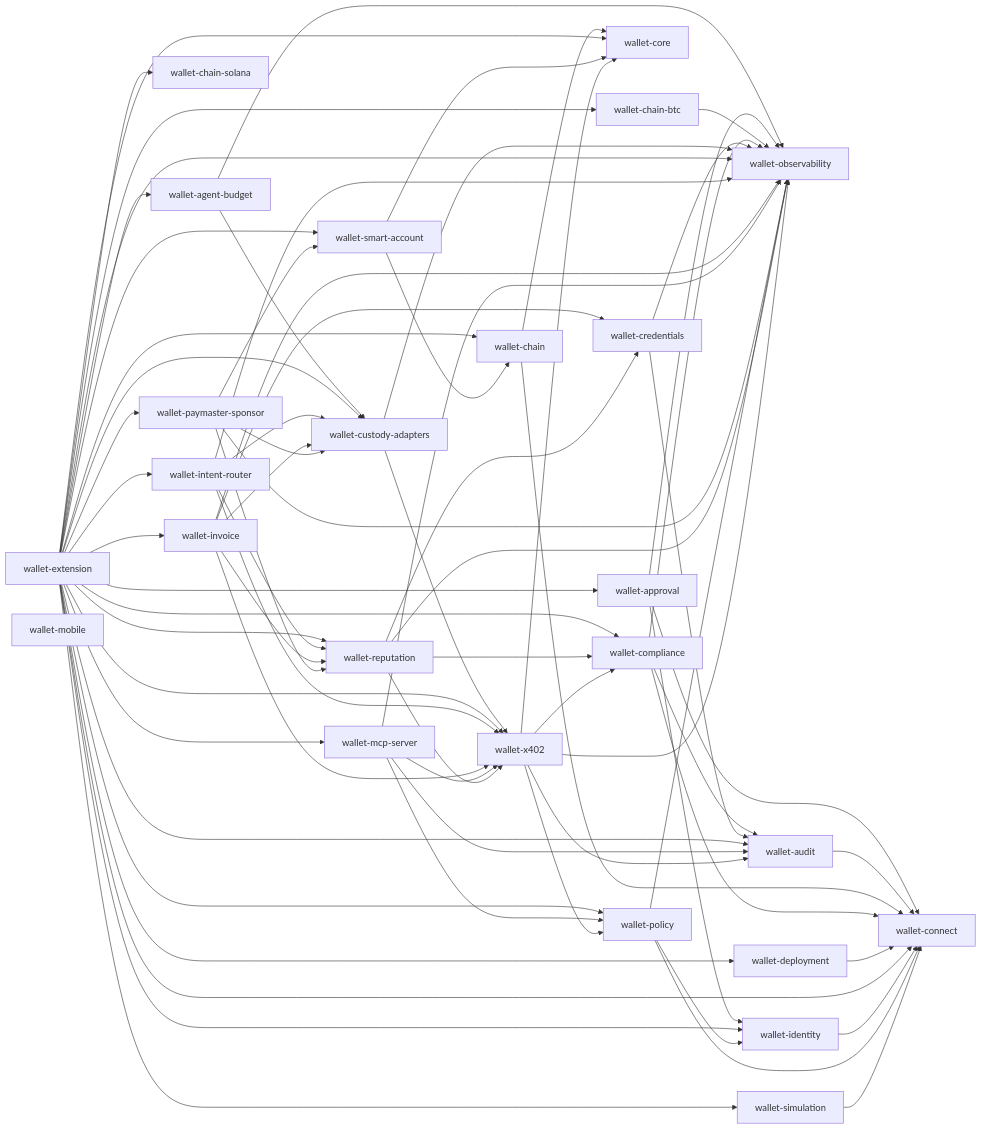
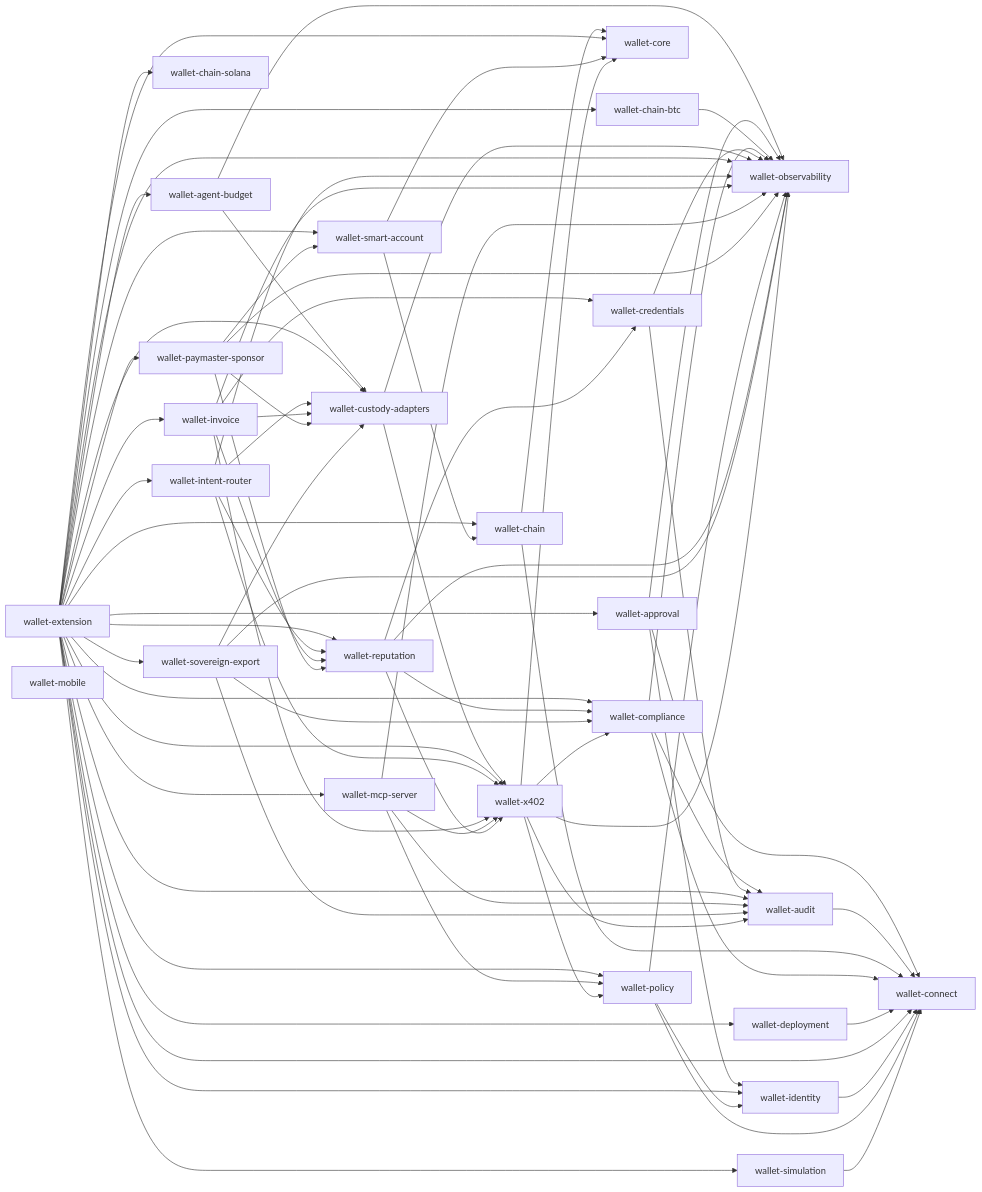
Before and after one commit to aethelred-foundation/wallet: the diagram in reports/workspace-deps.mmd, drawn with Mermaid. The commit also changed 18 other files, not shown here.

First line of the commit message:
feat(sovereign-export): regulator-format exports (SAR/CTR/GDPR/MiCA) + signed envelope + CLI (#59)

```diff
--- a/reports/workspace-deps.mmd
+++ b/reports/workspace-deps.mmd
@@ -1,78 +1,83 @@
 flowchart LR
   wallet-agent-budget --> wallet-custody-adapters
   wallet-agent-budget --> wallet-observability
   wallet-approval --> wallet-connect
   wallet-approval --> wallet-identity
   wallet-approval --> wallet-observability
   wallet-audit --> wallet-connect
   wallet-chain --> wallet-connect
   wallet-chain --> wallet-core
   wallet-chain-btc --> wallet-observability
   wallet-chain-solana
   wallet-compliance --> wallet-audit
   wallet-compliance --> wallet-connect
   wallet-compliance --> wallet-observability
   wallet-connect
   wallet-core
   wallet-credentials --> wallet-audit
   wallet-credentials --> wallet-observability
   wallet-custody-adapters --> wallet-observability
   wallet-custody-adapters --> wallet-x402
   wallet-deployment --> wallet-connect
   wallet-extension --> wallet-agent-budget
   wallet-extension --> wallet-approval
   wallet-extension --> wallet-audit
   wallet-extension --> wallet-chain
   wallet-extension --> wallet-chain-btc
   wallet-extension --> wallet-chain-solana
   wallet-extension --> wallet-compliance
   wallet-extension --> wallet-connect
   wallet-extension --> wallet-core
   wallet-extension --> wallet-custody-adapters
   wallet-extension --> wallet-deployment
   wallet-extension --> wallet-identity
   wallet-extension --> wallet-intent-router
   wallet-extension --> wallet-invoice
   wallet-extension --> wallet-mcp-server
   wallet-extension --> wallet-observability
   wallet-extension --> wallet-paymaster-sponsor
   wallet-extension --> wallet-policy
   wallet-extension --> wallet-reputation
   wallet-extension --> wallet-simulation
   wallet-extension --> wallet-smart-account
+  wallet-extension --> wallet-sovereign-export
   wallet-extension --> wallet-x402
   wallet-identity --> wallet-connect
   wallet-intent-router --> wallet-custody-adapters
   wallet-intent-router --> wallet-observability
   wallet-intent-router --> wallet-reputation
   wallet-intent-router --> wallet-x402
   wallet-invoice --> wallet-credentials
   wallet-invoice --> wallet-custody-adapters
   wallet-invoice --> wallet-observability
   wallet-invoice --> wallet-reputation
   wallet-invoice --> wallet-x402
   wallet-mcp-server --> wallet-audit
   wallet-mcp-server --> wallet-observability
   wallet-mcp-server --> wallet-policy
   wallet-mcp-server --> wallet-x402
   wallet-mobile
   wallet-observability
   wallet-paymaster-sponsor --> wallet-custody-adapters
   wallet-paymaster-sponsor --> wallet-observability
   wallet-paymaster-sponsor --> wallet-reputation
   wallet-paymaster-sponsor --> wallet-smart-account
   wallet-policy --> wallet-connect
   wallet-policy --> wallet-identity
   wallet-policy --> wallet-observability
   wallet-reputation --> wallet-compliance
   wallet-reputation --> wallet-credentials
   wallet-reputation --> wallet-observability
   wallet-reputation --> wallet-x402
   wallet-simulation --> wallet-connect
   wallet-smart-account --> wallet-chain
   wallet-smart-account --> wallet-core
+  wallet-sovereign-export --> wallet-audit
+  wallet-sovereign-export --> wallet-compliance
+  wallet-sovereign-export --> wallet-custody-adapters
+  wallet-sovereign-export --> wallet-observability
   wallet-x402 --> wallet-audit
   wallet-x402 --> wallet-compliance
   wallet-x402 --> wallet-core
   wallet-x402 --> wallet-observability
   wallet-x402 --> wallet-policy
```
